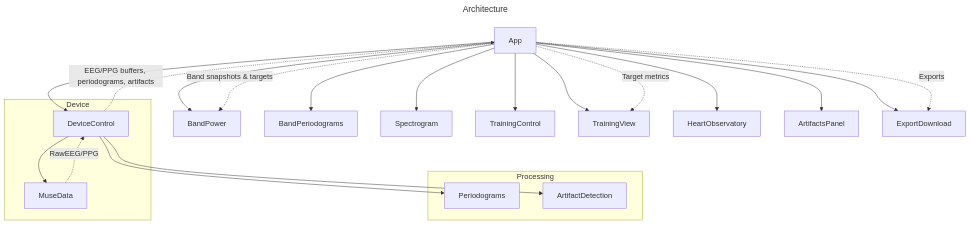
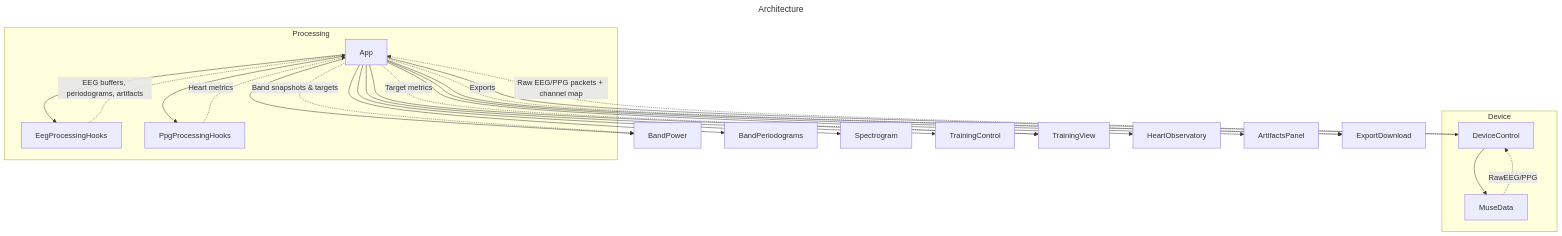
One commit to mtippett/meditrain changed the diagram in docs/architecture.md. Above: the diagram before and after it, drawn with Mermaid. The commit also changed other lines of this file and 22 other files, not shown here.

````diff
--- a/docs/architecture.md
+++ b/docs/architecture.md
@@ -4,30 +4,32 @@
 ```mermaid
 ---
 title: Architecture
 ---
 graph TB
     App --> DeviceControl
     App --> BandPower
     App --> BandPeriodograms
     App --> Spectrogram
     App --> TrainingControl
     App --> TrainingView
     App --> HeartObservatory
     App --> ArtifactsPanel
     App --> ExportDownload
 
     subgraph Device
         DeviceControl --> MuseData
     end
 
     subgraph Processing
-        DeviceControl --> Periodograms
-        DeviceControl --> ArtifactDetection
+        App --> EegProcessingHooks
+        App --> PpgProcessingHooks
     end
 
     MuseData -.-> |RawEEG/PPG|DeviceControl
-    DeviceControl -.-> |EEG/PPG buffers, periodograms, artifacts|App
+    DeviceControl -.-> |Raw EEG/PPG packets + channel map|App
+    EegProcessingHooks -.-> |EEG buffers, periodograms, artifacts|App
+    PpgProcessingHooks -.-> |Heart metrics|App
     App -.-> |Band snapshots & targets|BandPower
     App -.-> |Target metrics|TrainingView
     App -.-> |Exports|ExportDownload
 ```
````
